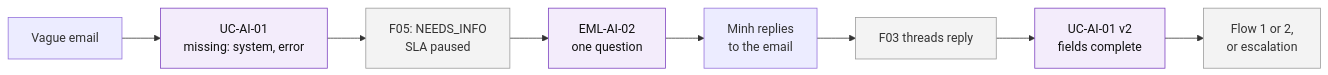
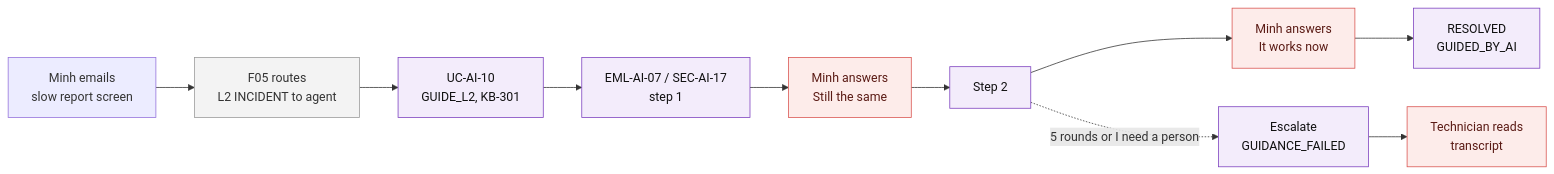
Before and after one commit to Akaza-ban/Fable: the third of 7 diagrams in docs/f04-ai-ticket-processing/information-architecture/02-user-flows.md, drawn with Mermaid. The commit also changed other lines of this file and 9 other files, not shown here.

First line of the commit message:
docs(F04): re-scope to processing after the new mind map (F05 routes, F04 processes)

````diff
--- a/docs/f04-ai-ticket-processing/information-architecture/02-user-flows.md
+++ b/docs/f04-ai-ticket-processing/information-architecture/02-user-flows.md
@@ -67,15 +70,19 @@
 ```mermaid
 flowchart LR
-    a["Vague email"] --> b["UC-AI-01<br/>missing: system, error"]
-    b --> c["F05: NEEDS_INFO<br/>SLA paused"]
-    c --> d["EML-AI-02<br/>one question"]
-    d --> e["Minh replies<br/>to the email"]
-    e --> f["F03 threads reply"]
-    f --> g["UC-AI-01 v2<br/>fields complete"]
-    g --> h["Flow 1 or 2,<br/>or escalation"]
+    a["Minh emails<br/>slow report screen"] --> b["F05 routes<br/>L2 INCIDENT to agent"]
+    b --> c["UC-AI-10<br/>GUIDE_L2, KB-301"]
+    c --> d["EML-AI-07 / SEC-AI-17<br/>step 1"]
+    d --> e["Minh answers<br/>Still the same"]
+    e --> f["Step 2"]
+    f --> g["Minh answers<br/>It works now"]
+    g --> h["RESOLVED<br/>GUIDED_BY_AI"]
+    f -.->|"5 rounds or I need a person"| i["Escalate<br/>GUIDANCE_FAILED"]
+    i --> j["Technician reads<br/>transcript"]
 
     classDef f04 fill:#f3ecfb,color:#111,stroke:#7b3fbf
     classDef other fill:#f3f3f3,color:#333,stroke:#999
-    class b,d,g f04
-    class c,f,h other
+    classDef human fill:#fdecea,color:#5a1a14,stroke:#d9534f
+    class c,d,f,h,i f04
+    class b other
+    class e,g,j human
 ```
````
